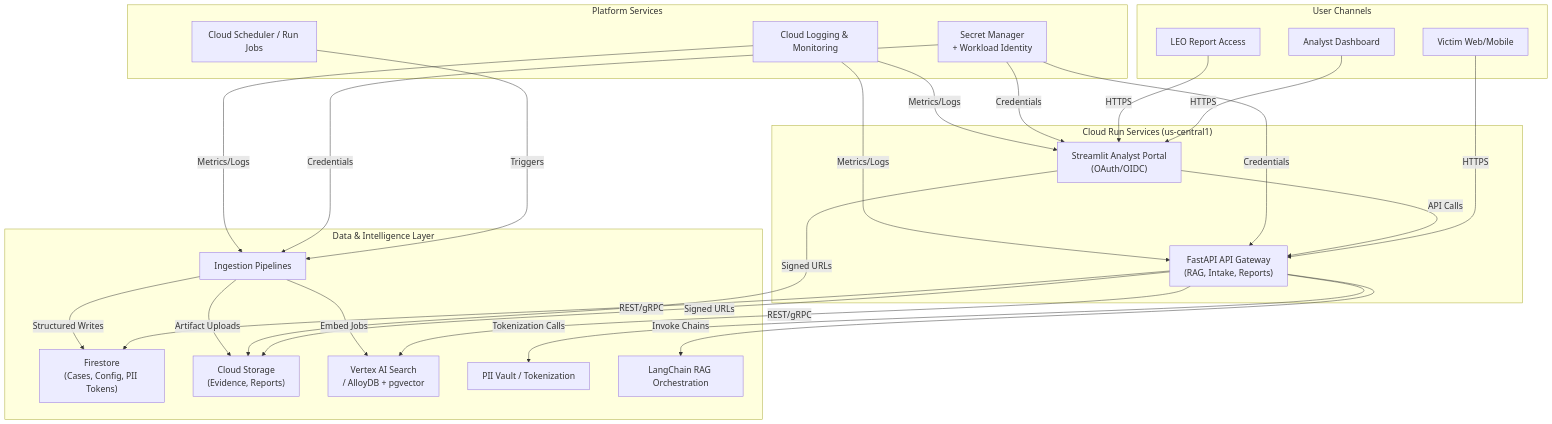
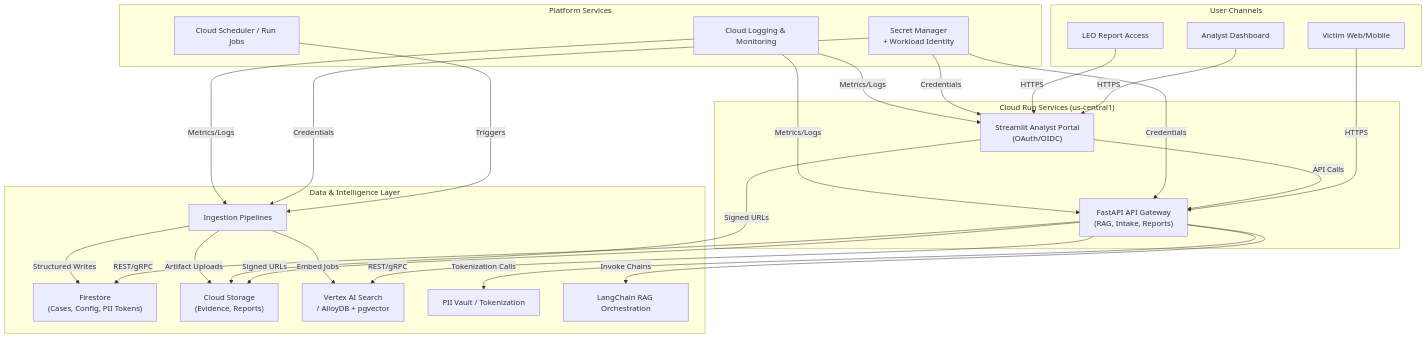
Before and after one commit to intelligenceforgood/planning: the diagram in future_architecture.md, drawn with Mermaid.

Commit message:
Fixed newline in Mermaid chart

````diff
--- a/future_architecture.md
+++ b/future_architecture.md
@@ -17,63 +17,53 @@
 ```mermaid
-%%{ init: {
-      'flowchart': { 'htmlLabels': true, 'nodeSpacing': 60, 'rankSpacing': 70 },
-      'themeVariables': {
-        'fontSize': '18px',
-        'fontFamily': 'Inter, Helvetica, Arial, sans-serif',
-        'primaryBorderColor': '#0b5394',
-        'primaryColor': '#dae8fc'
-      }
-    }
-}%%
 flowchart TB
   subgraph Users["User Channels"]
     Victim[Victim Web/Mobile]
     Analyst[Analyst Dashboard]
     LEO[LEO Report Access]
   end
 
   subgraph CloudRun["Cloud Run Services (us-central1)"]
-    FastAPI["FastAPI API Gateway\n(RAG, Intake, Reports)"]
-    Streamlit["Streamlit Analyst Portal\n(OAuth/OIDC)"]
+    FastAPI["FastAPI API Gateway<br>(RAG, Intake, Reports)"]
+    Streamlit["Streamlit Analyst Portal<br>(OAuth/OIDC)"]
   end
 
   subgraph DataLayer["Data & Intelligence Layer"]
-    Firestore["Firestore\n(Cases, Config, PII Tokens)"]
-    Storage["Cloud Storage\n(Evidence, Reports)"]
-    Vector[Vertex AI Search\n/ AlloyDB + pgvector]
+    Firestore["Firestore<br>(Cases, Config, PII Tokens)"]
+    Storage["Cloud Storage<br>(Evidence, Reports)"]
+    Vector[Vertex AI Search<br>/ AlloyDB + pgvector]
     TokenVault[PII Vault / Tokenization]
     IngestionPipelines[Ingestion Pipelines]
     RAG[LangChain RAG Orchestration]
   end
 
   subgraph Ops["Platform Services"]
     Scheduler[Cloud Scheduler / Run Jobs]
-    Secrets[Secret Manager\n+ Workload Identity]
+    Secrets[Secret Manager<br> + Workload Identity]
     Telemetry[Cloud Logging & Monitoring]
   end
 
   Victim -- HTTPS --> FastAPI
   Analyst -- HTTPS --> Streamlit
   LEO -- HTTPS --> Streamlit
 
   FastAPI -- REST/gRPC --> Firestore
   FastAPI -- REST/gRPC --> Vector
   FastAPI -- Signed URLs --> Storage
   FastAPI -- Tokenization Calls --> TokenVault
   FastAPI -- Invoke Chains --> RAG
 
   Streamlit -- API Calls --> FastAPI
   Streamlit -- Signed URLs --> Storage
 
   IngestionPipelines -- Structured Writes --> Firestore
   IngestionPipelines -- Artifact Uploads --> Storage
   IngestionPipelines -- Embed Jobs --> Vector
 
   Scheduler -- Triggers --> IngestionPipelines
   Secrets -- Credentials --> FastAPI
   Secrets -- Credentials --> Streamlit
   Secrets -- Credentials --> IngestionPipelines
   Telemetry -- Metrics/Logs --> FastAPI
   Telemetry -- Metrics/Logs --> Streamlit
   Telemetry -- Metrics/Logs --> IngestionPipelines
 ```
````
